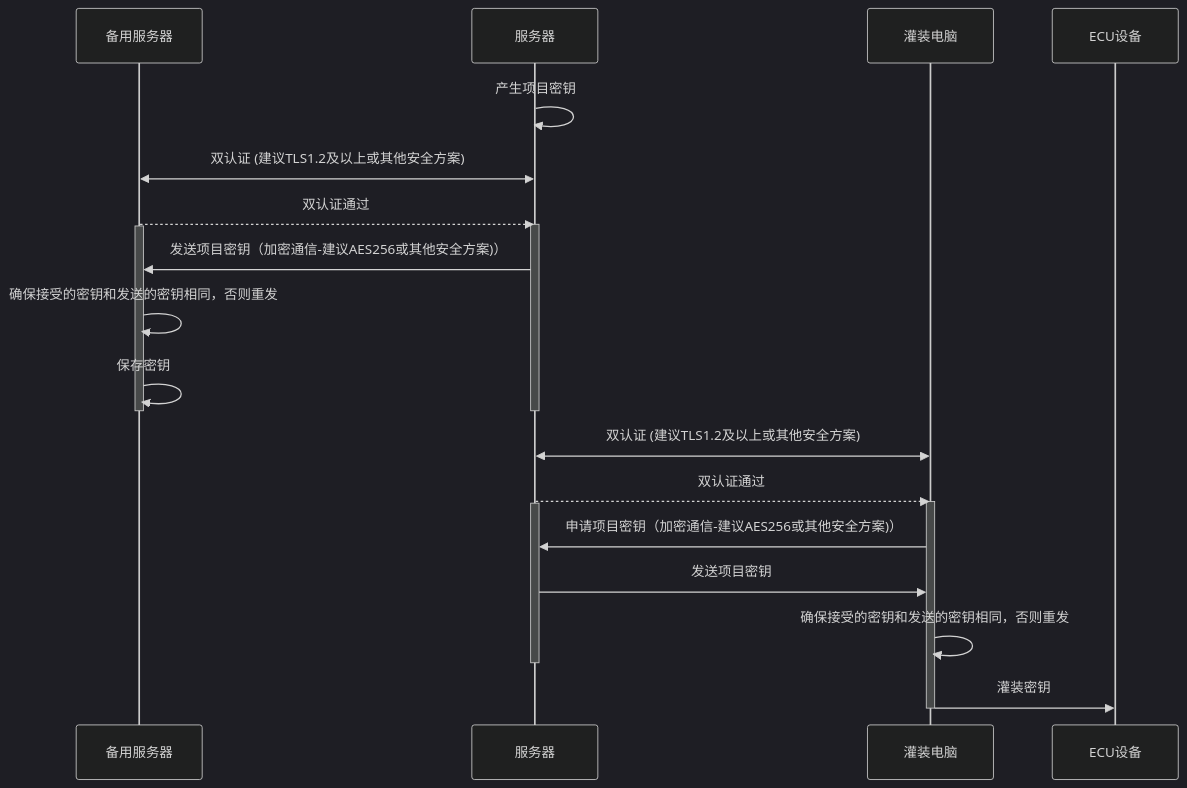
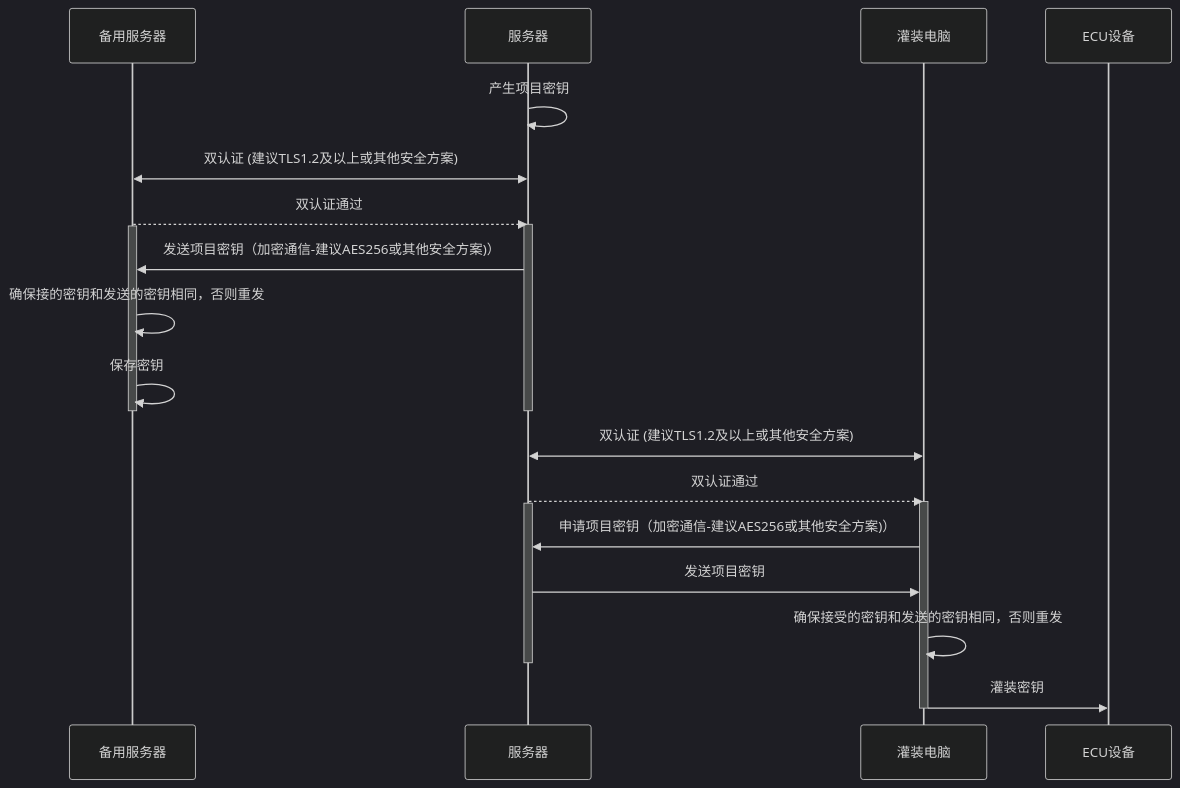
Before and after one commit to facebook-cloud/iodraw-files: the diagram in all/未命名-10.md, drawn with Mermaid (dark theme).

Commit message:
2026-01-23 13:54:40 update

````diff
--- a/all/未命名-10.md
+++ b/all/未命名-10.md
@@ -1,32 +1,32 @@
 ```mermaid
 sequenceDiagram
     participant B as 备用服务器
     participant A as 服务器
     participant C as 灌装电脑
     participant D as ECU设备
 
     A->>A: 产生项目密钥
     A<<->>B: 双认证 (建议TLS1.2及以上或其他安全方案)
     B-->>A: 双认证通过
     activate A
     activate B
     A->>B: 发送项目密钥（加密通信-建议AES256或其他安全方案)）
 
-    B->>B: 确保接受的密钥和发送的密钥相同，否则重发
+    B->>B: 确保接的密钥和发送的密钥相同，否则重发
     B->>B: 保存密钥
     deactivate B
     deactivate A
 
     C<<->>A: 双认证 (建议TLS1.2及以上或其他安全方案)
     A-->>C: 双认证通过
     activate C
     activate A
     C->>A: 申请项目密钥（加密通信-建议AES256或其他安全方案)）
     A->>C: 发送项目密钥
 
     C->>C: 确保接受的密钥和发送的密钥相同，否则重发
     deactivate A
     C->>D: 灌装密钥
     deactivate C
 
 ```
````
